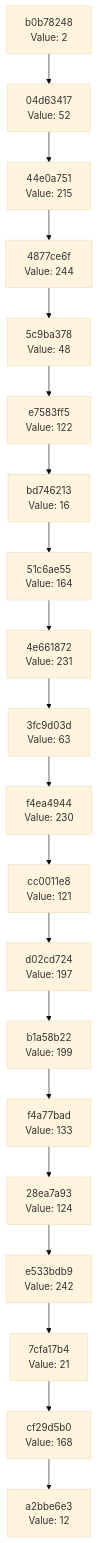
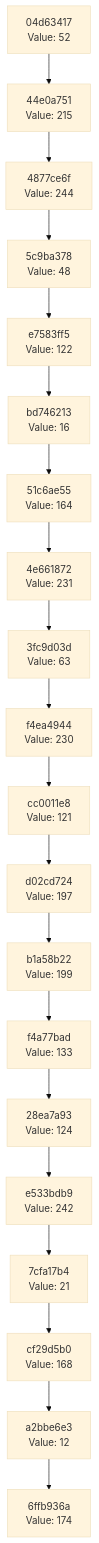
Before and after one commit to Abhisheksinha1506/hash-chain-evolver: the diagram in docs/CHAIN_VISUALIZATION.md, drawn with Mermaid (base theme). The commit also changed 2 other files, not shown here.

Commit message:
Evolution Step

````diff
--- a/docs/CHAIN_VISUALIZATION.md
+++ b/docs/CHAIN_VISUALIZATION.md
@@ -3,42 +3,42 @@
 ```mermaid
 graph TD
-    C0["a2bbe6e3<br/>Value: 12"]
-    C1["cf29d5b0<br/>Value: 168"]
+    C0["6ffb936a<br/>Value: 174"]
+    C1["a2bbe6e3<br/>Value: 12"]
     C1 --> C0
-    C2["7cfa17b4<br/>Value: 21"]
+    C2["cf29d5b0<br/>Value: 168"]
     C2 --> C1
-    C3["e533bdb9<br/>Value: 242"]
+    C3["7cfa17b4<br/>Value: 21"]
     C3 --> C2
-    C4["28ea7a93<br/>Value: 124"]
+    C4["e533bdb9<br/>Value: 242"]
     C4 --> C3
-    C5["f4a77bad<br/>Value: 133"]
+    C5["28ea7a93<br/>Value: 124"]
     C5 --> C4
-    C6["b1a58b22<br/>Value: 199"]
+    C6["f4a77bad<br/>Value: 133"]
     C6 --> C5
-    C7["d02cd724<br/>Value: 197"]
+    C7["b1a58b22<br/>Value: 199"]
     C7 --> C6
-    C8["cc0011e8<br/>Value: 121"]
+    C8["d02cd724<br/>Value: 197"]
     C8 --> C7
-    C9["f4ea4944<br/>Value: 230"]
+    C9["cc0011e8<br/>Value: 121"]
     C9 --> C8
-    C10["3fc9d03d<br/>Value: 63"]
+    C10["f4ea4944<br/>Value: 230"]
     C10 --> C9
-    C11["4e661872<br/>Value: 231"]
+    C11["3fc9d03d<br/>Value: 63"]
     C11 --> C10
-    C12["51c6ae55<br/>Value: 164"]
+    C12["4e661872<br/>Value: 231"]
     C12 --> C11
-    C13["bd746213<br/>Value: 16"]
+    C13["51c6ae55<br/>Value: 164"]
     C13 --> C12
-    C14["e7583ff5<br/>Value: 122"]
+    C14["bd746213<br/>Value: 16"]
     C14 --> C13
-    C15["5c9ba378<br/>Value: 48"]
+    C15["e7583ff5<br/>Value: 122"]
     C15 --> C14
-    C16["4877ce6f<br/>Value: 244"]
+    C16["5c9ba378<br/>Value: 48"]
     C16 --> C15
-    C17["44e0a751<br/>Value: 215"]
+    C17["4877ce6f<br/>Value: 244"]
     C17 --> C16
-    C18["04d63417<br/>Value: 52"]
+    C18["44e0a751<br/>Value: 215"]
     C18 --> C17
-    C19["b0b78248<br/>Value: 2"]
+    C19["04d63417<br/>Value: 52"]
     C19 --> C18
 ```
````
